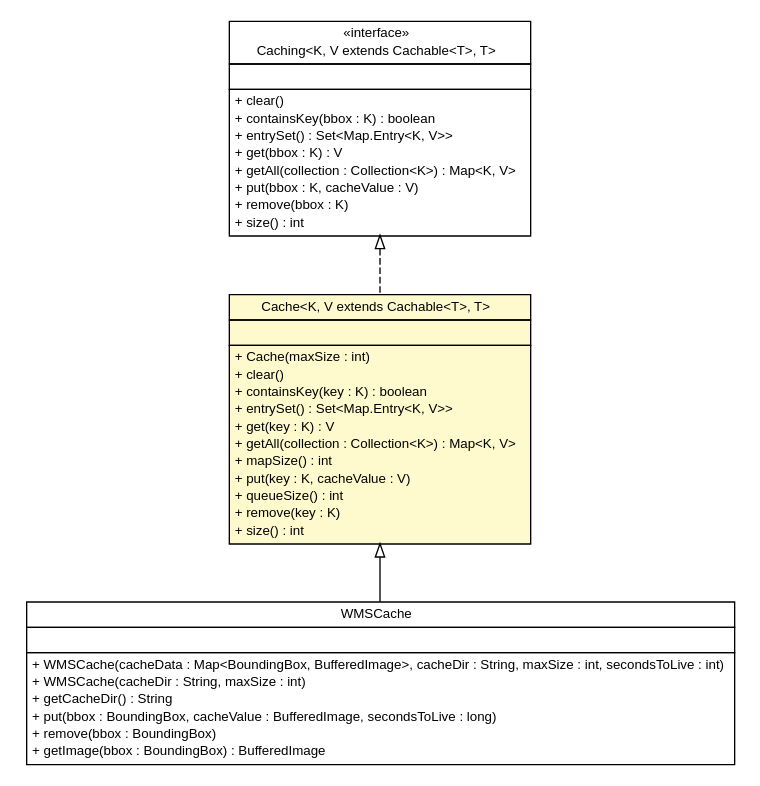
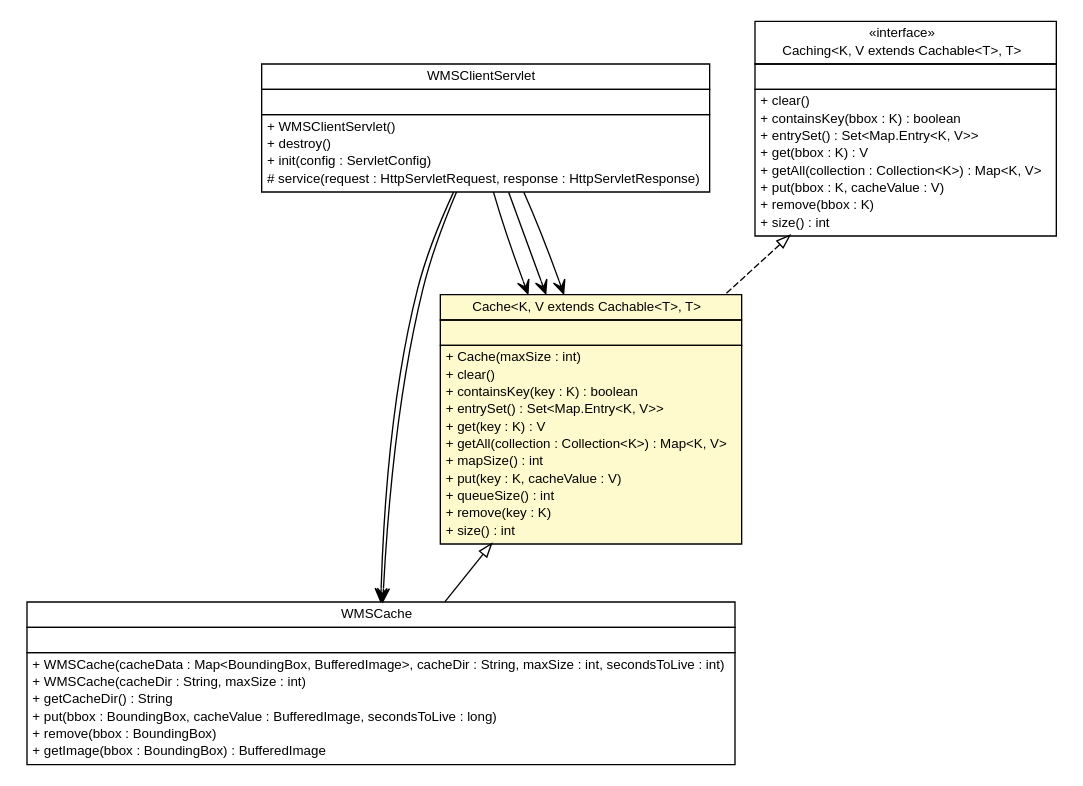
The diagram in apidocs/nl/mineleni/cbsviewer/servlet/wms/cache/Cache.dot (MinELenI/CBSviewer), drawn with Graphviz before and after one commit. The commit also changed 292 other files, not shown here.

```diff
--- a/apidocs/nl/mineleni/cbsviewer/servlet/wms/cache/Cache.dot
+++ b/apidocs/nl/mineleni/cbsviewer/servlet/wms/cache/Cache.dot
@@ -1,75 +1,100 @@
 #!/usr/local/bin/dot
 #
 # Class diagram 
 # Generated by UMLGraph version R5_6 (http://www.umlgraph.org/)
 #
 
 digraph G {
 	edge [fontname="arial",fontsize=10,labelfontname="arial",labelfontsize=10];
 	node [fontname="arial",fontsize=10,shape=plaintext];
 	nodesep=0.25;
 	ranksep=0.5;
+	// nl.mineleni.cbsviewer.servlet.wms.WMSClientServlet
+	c1018 [label=<<table title="nl.mineleni.cbsviewer.servlet.wms.WMSClientServlet" border="0" cellborder="1" cellspacing="0" cellpadding="2" port="p" href="../WMSClientServlet.html">
+		<tr><td><table border="0" cellspacing="0" cellpadding="1">
+<tr><td align="center" balign="center"> WMSClientServlet </td></tr>
+		</table></td></tr>
+		<tr><td><table border="0" cellspacing="0" cellpadding="1">
+<tr><td align="left" balign="left">  </td></tr>
+		</table></td></tr>
+		<tr><td><table border="0" cellspacing="0" cellpadding="1">
+<tr><td align="left" balign="left"> + WMSClientServlet() </td></tr>
+<tr><td align="left" balign="left"> + destroy() </td></tr>
+<tr><td align="left" balign="left"> + init(config : ServletConfig) </td></tr>
+<tr><td align="left" balign="left"> # service(request : HttpServletRequest, response : HttpServletResponse) </td></tr>
+		</table></td></tr>
+		</table>>, URL="../WMSClientServlet.html", fontname="arial", fontcolor="black", fontsize=10.0];
 	// nl.mineleni.cbsviewer.servlet.wms.cache.WMSCache
 	c1022 [label=<<table title="nl.mineleni.cbsviewer.servlet.wms.cache.WMSCache" border="0" cellborder="1" cellspacing="0" cellpadding="2" port="p" href="./WMSCache.html">
 		<tr><td><table border="0" cellspacing="0" cellpadding="1">
 <tr><td align="center" balign="center"> WMSCache </td></tr>
 		</table></td></tr>
 		<tr><td><table border="0" cellspacing="0" cellpadding="1">
 <tr><td align="left" balign="left">  </td></tr>
 		</table></td></tr>
 		<tr><td><table border="0" cellspacing="0" cellpadding="1">
 <tr><td align="left" balign="left"> + WMSCache(cacheData : Map&lt;BoundingBox, BufferedImage&gt;, cacheDir : String, maxSize : int, secondsToLive : int) </td></tr>
 <tr><td align="left" balign="left"> + WMSCache(cacheDir : String, maxSize : int) </td></tr>
 <tr><td align="left" balign="left"> + getCacheDir() : String </td></tr>
 <tr><td align="left" balign="left"> + put(bbox : BoundingBox, cacheValue : BufferedImage, secondsToLive : long) </td></tr>
 <tr><td align="left" balign="left"> + remove(bbox : BoundingBox) </td></tr>
 <tr><td align="left" balign="left"> + getImage(bbox : BoundingBox) : BufferedImage </td></tr>
 		</table></td></tr>
 		</table>>, URL="./WMSCache.html", fontname="arial", fontcolor="black", fontsize=10.0];
 	// nl.mineleni.cbsviewer.servlet.wms.cache.Caching<K, V extends nl.mineleni.cbsviewer.servlet.wms.cache.Cachable<T>, T>
 	c1023 [label=<<table title="nl.mineleni.cbsviewer.servlet.wms.cache.Caching" border="0" cellborder="1" cellspacing="0" cellpadding="2" port="p" href="./Caching.html">
 		<tr><td><table border="0" cellspacing="0" cellpadding="1">
 <tr><td align="center" balign="center"> &#171;interface&#187; </td></tr>
 <tr><td align="center" balign="center"> Caching&lt;K, V extends Cachable&lt;T&gt;, T&gt; </td></tr>
 		</table></td></tr>
 		<tr><td><table border="0" cellspacing="0" cellpadding="1">
 <tr><td align="left" balign="left">  </td></tr>
 		</table></td></tr>
 		<tr><td><table border="0" cellspacing="0" cellpadding="1">
 <tr><td align="left" balign="left"> + clear() </td></tr>
 <tr><td align="left" balign="left"> + containsKey(bbox : K) : boolean </td></tr>
 <tr><td align="left" balign="left"> + entrySet() : Set&lt;Map.Entry&lt;K, V&gt;&gt; </td></tr>
 <tr><td align="left" balign="left"> + get(bbox : K) : V </td></tr>
 <tr><td align="left" balign="left"> + getAll(collection : Collection&lt;K&gt;) : Map&lt;K, V&gt; </td></tr>
 <tr><td align="left" balign="left"> + put(bbox : K, cacheValue : V) </td></tr>
 <tr><td align="left" balign="left"> + remove(bbox : K) </td></tr>
 <tr><td align="left" balign="left"> + size() : int </td></tr>
 		</table></td></tr>
 		</table>>, URL="./Caching.html", fontname="arial", fontcolor="black", fontsize=10.0];
 	// nl.mineleni.cbsviewer.servlet.wms.cache.Cache<K, V extends nl.mineleni.cbsviewer.servlet.wms.cache.Cachable<T>, T>
 	c1025 [label=<<table title="nl.mineleni.cbsviewer.servlet.wms.cache.Cache" border="0" cellborder="1" cellspacing="0" cellpadding="2" port="p" bgcolor="lemonChiffon" href="./Cache.html">
 		<tr><td><table border="0" cellspacing="0" cellpadding="1">
 <tr><td align="center" balign="center"> Cache&lt;K, V extends Cachable&lt;T&gt;, T&gt; </td></tr>
 		</table></td></tr>
 		<tr><td><table border="0" cellspacing="0" cellpadding="1">
 <tr><td align="left" balign="left">  </td></tr>
 		</table></td></tr>
 		<tr><td><table border="0" cellspacing="0" cellpadding="1">
 <tr><td align="left" balign="left"> + Cache(maxSize : int) </td></tr>
 <tr><td align="left" balign="left"> + clear() </td></tr>
 <tr><td align="left" balign="left"> + containsKey(key : K) : boolean </td></tr>
 <tr><td align="left" balign="left"> + entrySet() : Set&lt;Map.Entry&lt;K, V&gt;&gt; </td></tr>
 <tr><td align="left" balign="left"> + get(key : K) : V </td></tr>
 <tr><td align="left" balign="left"> + getAll(collection : Collection&lt;K&gt;) : Map&lt;K, V&gt; </td></tr>
 <tr><td align="left" balign="left"> + mapSize() : int </td></tr>
 <tr><td align="left" balign="left"> + put(key : K, cacheValue : V) </td></tr>
 <tr><td align="left" balign="left"> + queueSize() : int </td></tr>
 <tr><td align="left" balign="left"> + remove(key : K) </td></tr>
 <tr><td align="left" balign="left"> + size() : int </td></tr>
 		</table></td></tr>
 		</table>>, URL="./Cache.html", fontname="arial", fontcolor="black", fontsize=10.0];
 	//nl.mineleni.cbsviewer.servlet.wms.cache.WMSCache extends nl.mineleni.cbsviewer.servlet.wms.cache.Cache<org.opengis.geometry.BoundingBox, nl.mineleni.cbsviewer.servlet.wms.cache.CacheImage, java.awt.image.BufferedImage>
 	c1025:p -> c1022:p [dir=back,arrowtail=empty];
 	//nl.mineleni.cbsviewer.servlet.wms.cache.Cache<K, V extends nl.mineleni.cbsviewer.servlet.wms.cache.Cachable<T>, T> implements nl.mineleni.cbsviewer.servlet.wms.cache.Caching<K, V extends nl.mineleni.cbsviewer.servlet.wms.cache.Cachable<T>, T>
 	c1023:p -> c1025:p [dir=back,arrowtail=empty,style=dashed];
+	// nl.mineleni.cbsviewer.servlet.wms.WMSClientServlet NAVASSOC nl.mineleni.cbsviewer.servlet.wms.cache.Cache<K, V extends nl.mineleni.cbsviewer.servlet.wms.cache.Cachable<T>, T>
+	c1018:p -> c1025:p [taillabel="", label="", headlabel="", fontname="arial", fontcolor="black", fontsize=10.0, color="black", arrowhead=open];
+	// nl.mineleni.cbsviewer.servlet.wms.WMSClientServlet NAVASSOC nl.mineleni.cbsviewer.servlet.wms.cache.Cache<K, V extends nl.mineleni.cbsviewer.servlet.wms.cache.Cachable<T>, T>
+	c1018:p -> c1025:p [taillabel="", label="", headlabel="", fontname="arial", fontcolor="black", fontsize=10.0, color="black", arrowhead=open];
+	// nl.mineleni.cbsviewer.servlet.wms.WMSClientServlet NAVASSOC nl.mineleni.cbsviewer.servlet.wms.cache.Cache<K, V extends nl.mineleni.cbsviewer.servlet.wms.cache.Cachable<T>, T>
+	c1018:p -> c1025:p [taillabel="", label="", headlabel="", fontname="arial", fontcolor="black", fontsize=10.0, color="black", arrowhead=open];
+	// nl.mineleni.cbsviewer.servlet.wms.WMSClientServlet NAVASSOC nl.mineleni.cbsviewer.servlet.wms.cache.WMSCache
+	c1018:p -> c1022:p [taillabel="", label="", headlabel="", fontname="arial", fontcolor="black", fontsize=10.0, color="black", arrowhead=open];
+	// nl.mineleni.cbsviewer.servlet.wms.WMSClientServlet NAVASSOC nl.mineleni.cbsviewer.servlet.wms.cache.WMSCache
+	c1018:p -> c1022:p [taillabel="", label="", headlabel="", fontname="arial", fontcolor="black", fontsize=10.0, color="black", arrowhead=open];
 }
```
